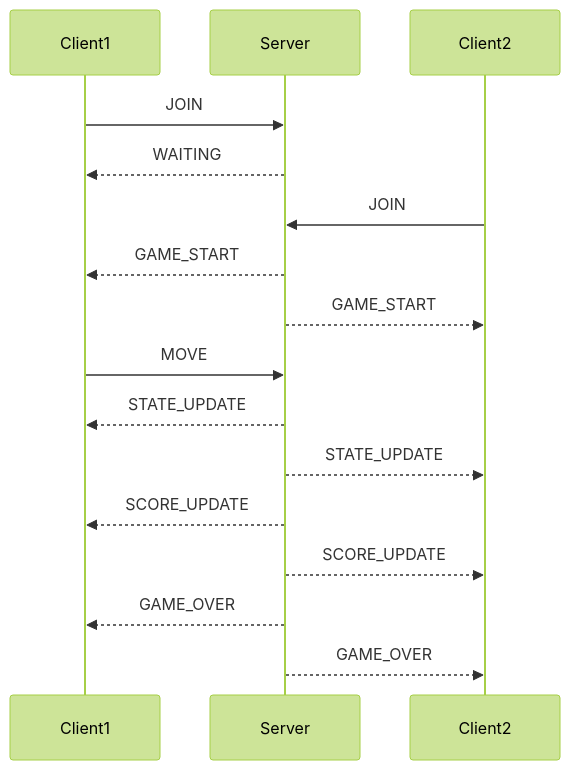
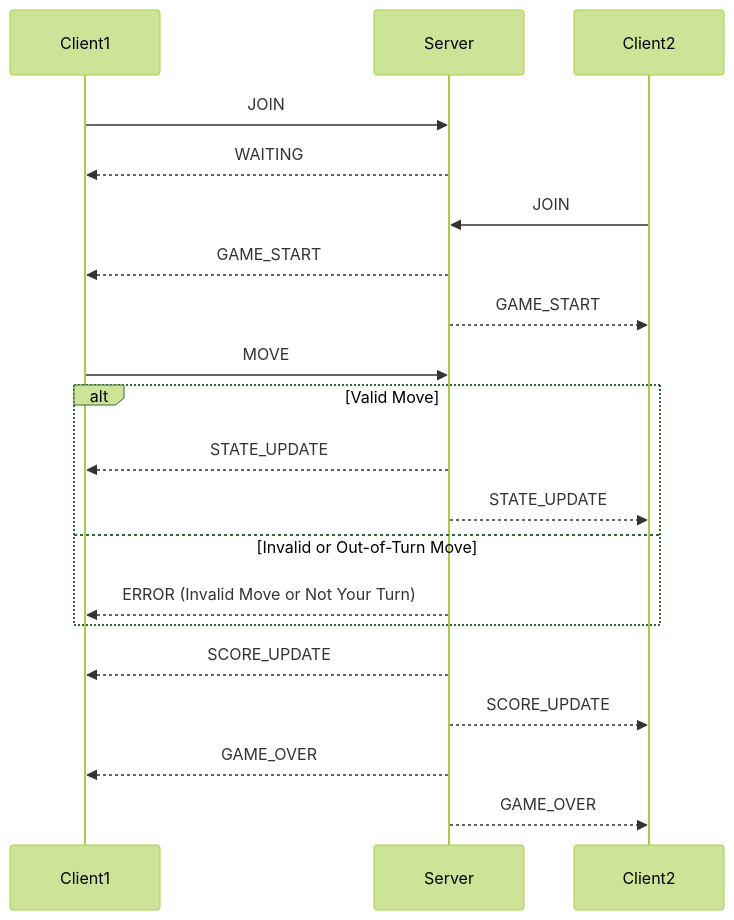
Before and after one commit to Ryanamisi/Ryanamisi: the diagram in concurrency_design.md, drawn with Mermaid (forest theme).

````diff
--- a/concurrency_design.md
+++ b/concurrency_design.md
@@ -53,20 +53,26 @@
 ```mermaid
 sequenceDiagram
     participant Client1
     participant Server
     participant Client2
 
     Client1->>Server: JOIN
     Server-->>Client1: WAITING
     Client2->>Server: JOIN
     Server-->>Client1: GAME_START
     Server-->>Client2: GAME_START
 
     Client1->>Server: MOVE
+
+alt Valid Move
     Server-->>Client1: STATE_UPDATE
     Server-->>Client2: STATE_UPDATE
+else Invalid or Out-of-Turn Move
+    Server-->>Client1: ERROR (Invalid Move or Not Your Turn)
+end
+
 Server-->>Client1: SCORE_UPDATE
 Server-->>Client2: SCORE_UPDATE
 Server-->>Client1: GAME_OVER
 Server-->>Client2: GAME_OVER
 ```
````
